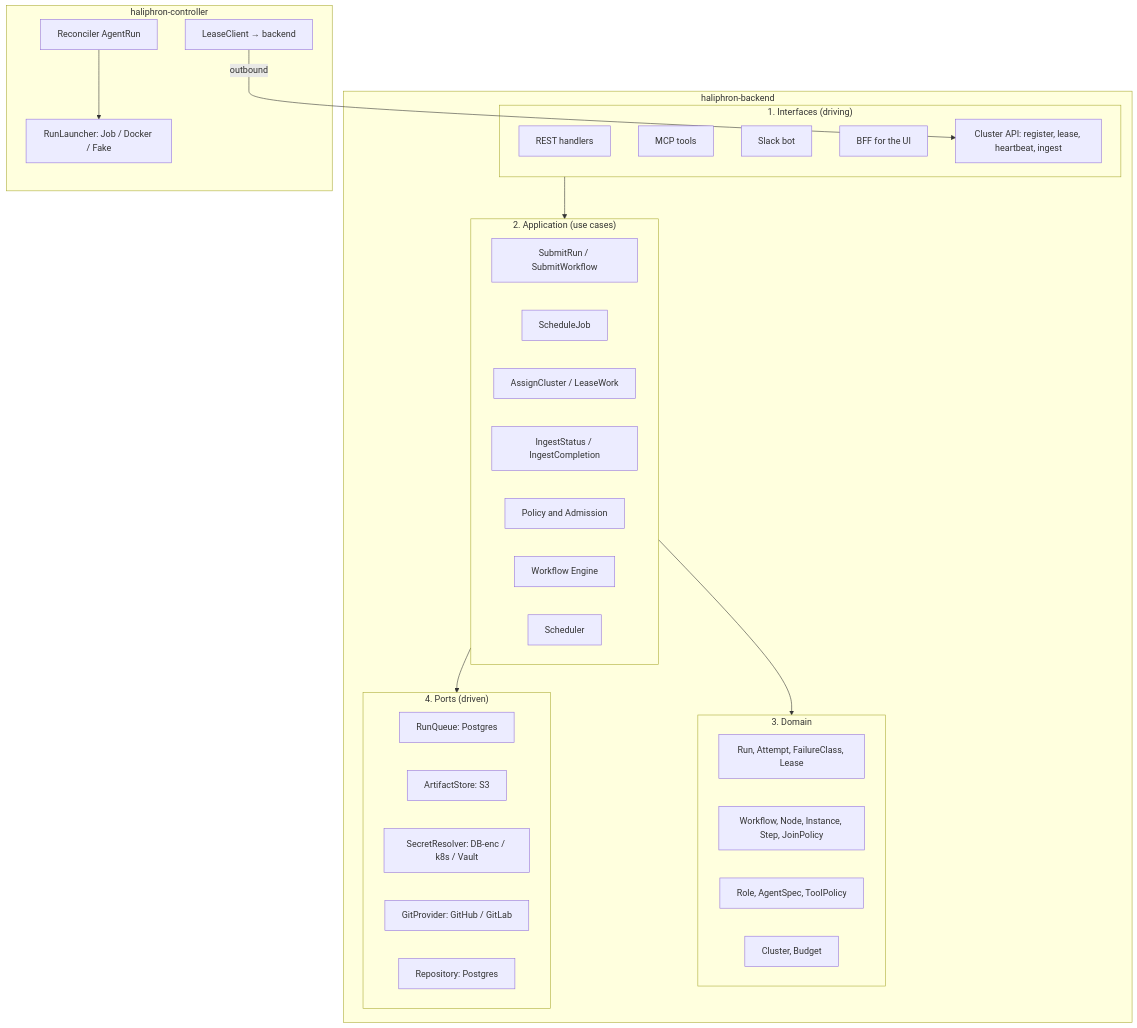
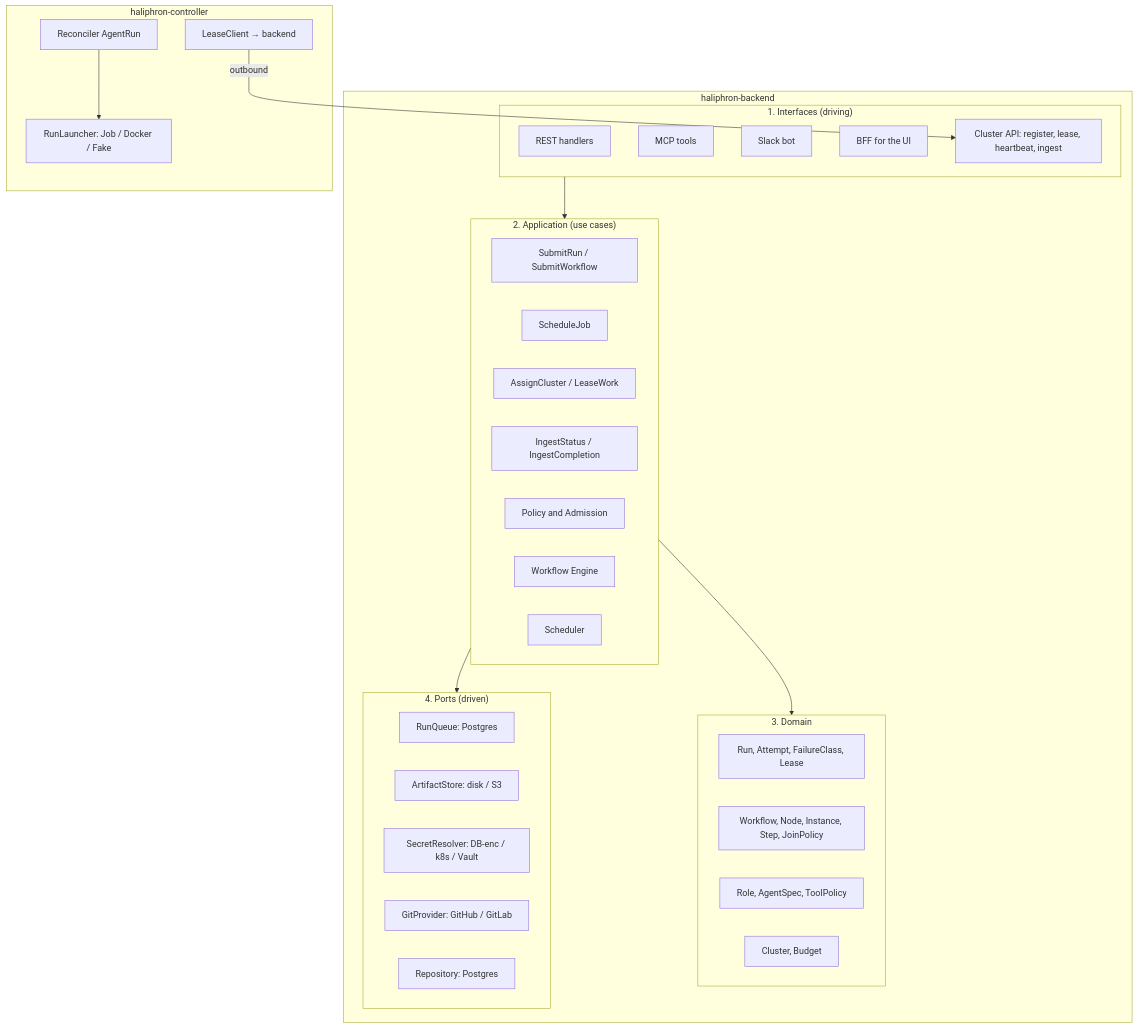
One commit to javdet/haliphron changed the third of 8 diagrams in docs/architecture.md. Above: the diagram before and after it, drawn with Mermaid. The commit also changed other lines of this file and 112 other files, not shown here.

````diff
--- a/docs/architecture.md
+++ b/docs/architecture.md
@@ -189,45 +196,45 @@
 ```mermaid
 graph TB
     subgraph BE["haliphron-backend"]
         subgraph L1["1. Interfaces (driving)"]
             a1["REST handlers"]
             a2["MCP tools"]
             a3["Slack bot"]
             a4["BFF for the UI"]
             a5["Cluster API: register, lease, heartbeat, ingest"]
         end
         subgraph L2["2. Application (use cases)"]
             u1["SubmitRun / SubmitWorkflow"]
             u2["ScheduleJob"]
             u3["AssignCluster / LeaseWork"]
             u4["IngestStatus / IngestCompletion"]
             u5["Policy and Admission"]
             u6["Workflow Engine"]
             u7["Scheduler"]
         end
         subgraph L3["3. Domain"]
             d1["Run, Attempt, FailureClass, Lease"]
             d2["Workflow, Node, Instance, Step, JoinPolicy"]
             d3["Role, AgentSpec, ToolPolicy"]
             d4["Cluster, Budget"]
         end
         subgraph L4["4. Ports (driven)"]
             p1["RunQueue: Postgres"]
-            p2["ArtifactStore: S3"]
+            p2["ArtifactStore: disk / S3"]
             p3["SecretResolver: DB-enc / k8s / Vault"]
             p4["GitProvider: GitHub / GitLab"]
             p5["Repository: Postgres"]
         end
     end
 
     subgraph CTRL["haliphron-controller"]
         c1["LeaseClient → backend"]
         c2["Reconciler AgentRun"]
         c3["RunLauncher: Job / Docker / Fake"]
     end
 
     L1 --> L2 --> L3
     L2 --> L4
     c1 -->|outbound| a5
     c2 --> c3
 ```
````
